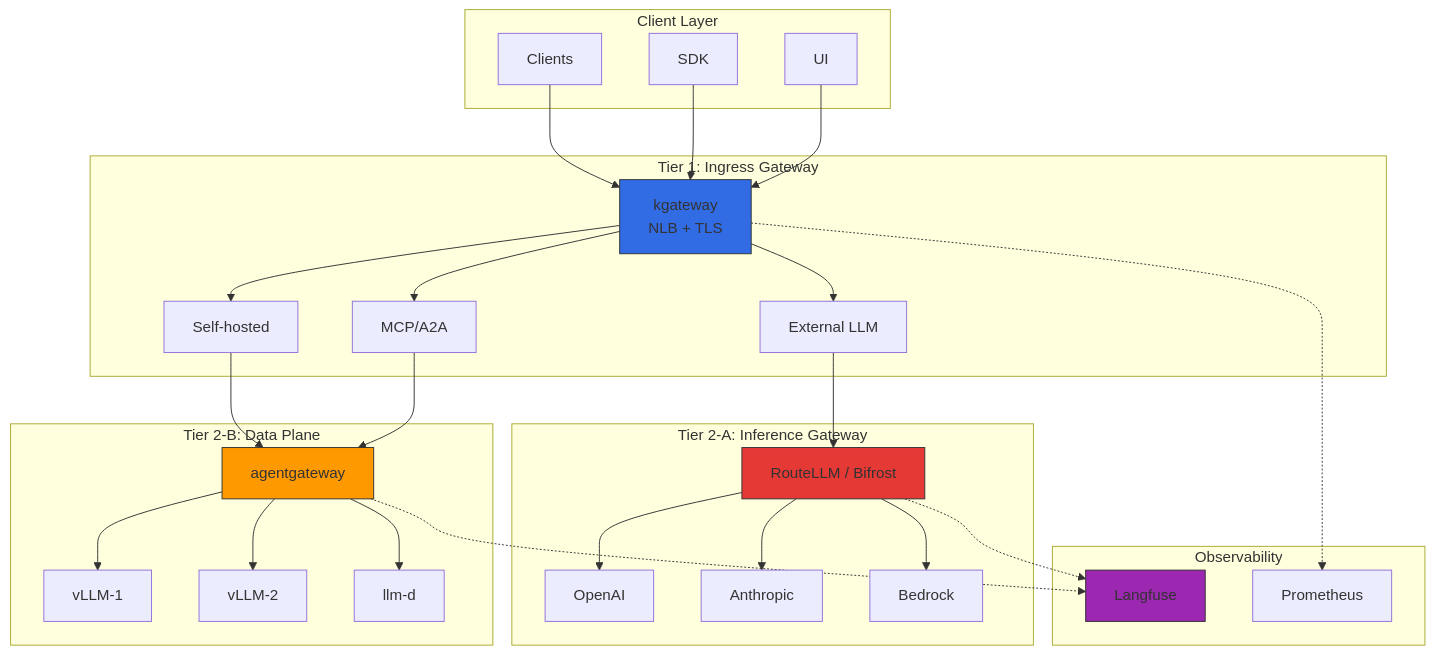
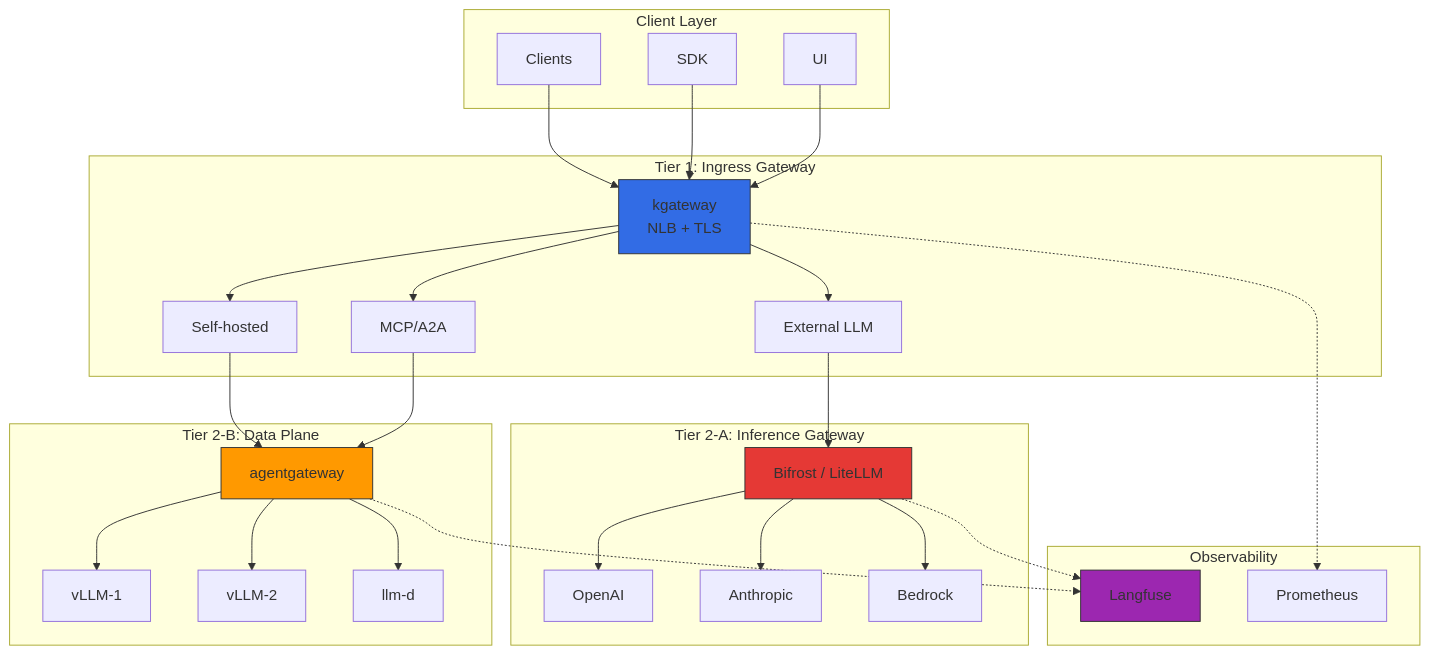
The second of 5 diagrams in docs/agentic-ai-platform/design-architecture/inference-gateway-routing.md (devfloor9/engineering-playbook), drawn with Mermaid before and after one commit. The commit also changed other lines of this file and 5 other files, not shown here.

````diff
--- a/docs/agentic-ai-platform/design-architecture/inference-gateway-routing.md
+++ b/docs/agentic-ai-platform/design-architecture/inference-gateway-routing.md
@@ -69,53 +63,53 @@
 ```mermaid
 flowchart TB
     subgraph CL["Client Layer"]
         CLIENT[Clients]
         SDK[SDK]
         UI[UI]
     end
 
     subgraph T1["Tier 1: Ingress Gateway"]
         GW1[kgateway<br/>NLB + TLS]
         HR1[External LLM]
         HR2[Self-hosted]
         HR3[MCP/A2A]
     end
 
     subgraph T2A["Tier 2-A: Inference Gateway"]
-        BIFROST[RouteLLM / Bifrost]
+        BIFROST[Bifrost / LiteLLM]
         OPENAI[OpenAI]
         ANTHROPIC[Anthropic]
         BEDROCK[Bedrock]
     end
 
     subgraph T2B["Tier 2-B: Data Plane"]
         AGENTGW[agentgateway]
         VLLM1[vLLM-1]
         VLLM2[vLLM-2]
         LLMD[llm-d]
     end
 
     subgraph OBS["Observability"]
         LANGFUSE[Langfuse]
         PROM[Prometheus]
     end
 
     CLIENT & SDK & UI --> GW1
     GW1 --> HR1 & HR2 & HR3
 
     HR1 --> BIFROST
     BIFROST --> OPENAI & ANTHROPIC & BEDROCK
 
     HR2 --> AGENTGW
     AGENTGW --> VLLM1 & VLLM2 & LLMD
 
     HR3 --> AGENTGW
 
     BIFROST & AGENTGW -.-> LANGFUSE
     GW1 -.-> PROM
 
     style GW1 fill:#326ce5,stroke:#333
     style BIFROST fill:#e53935,stroke:#333
     style AGENTGW fill:#ff9900,stroke:#333
     style LANGFUSE fill:#9c27b0,stroke:#333
 ```
````
